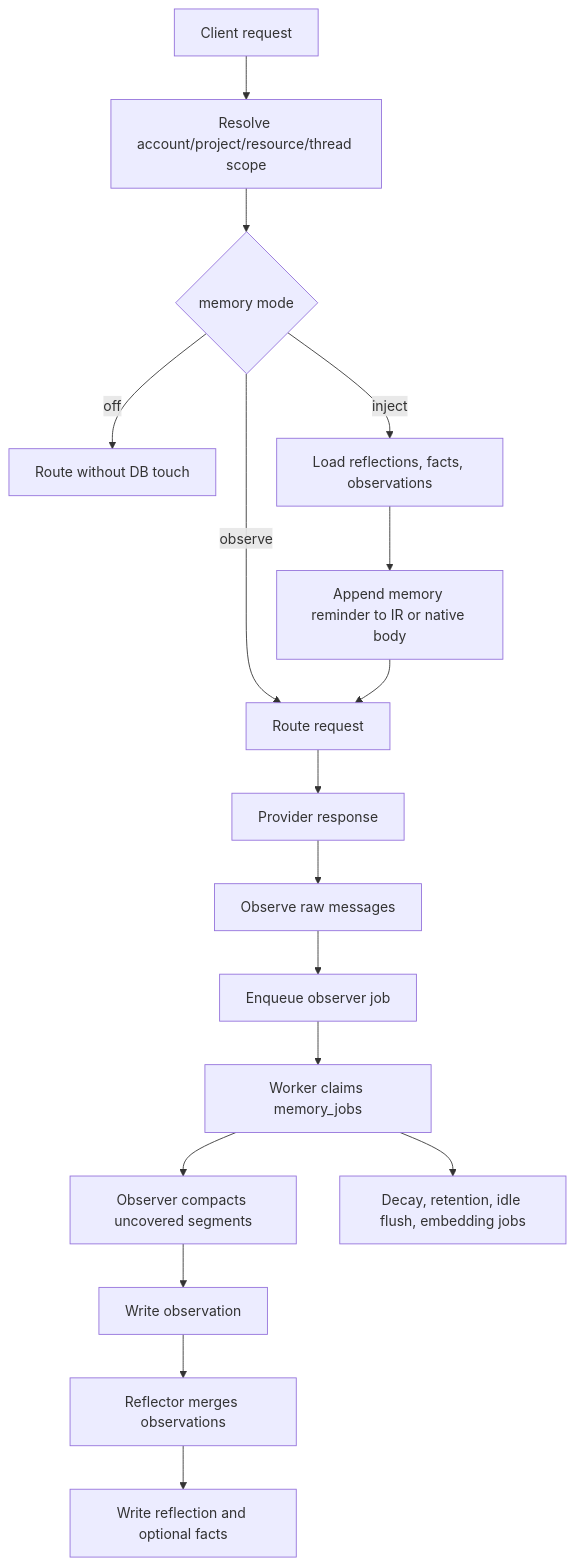
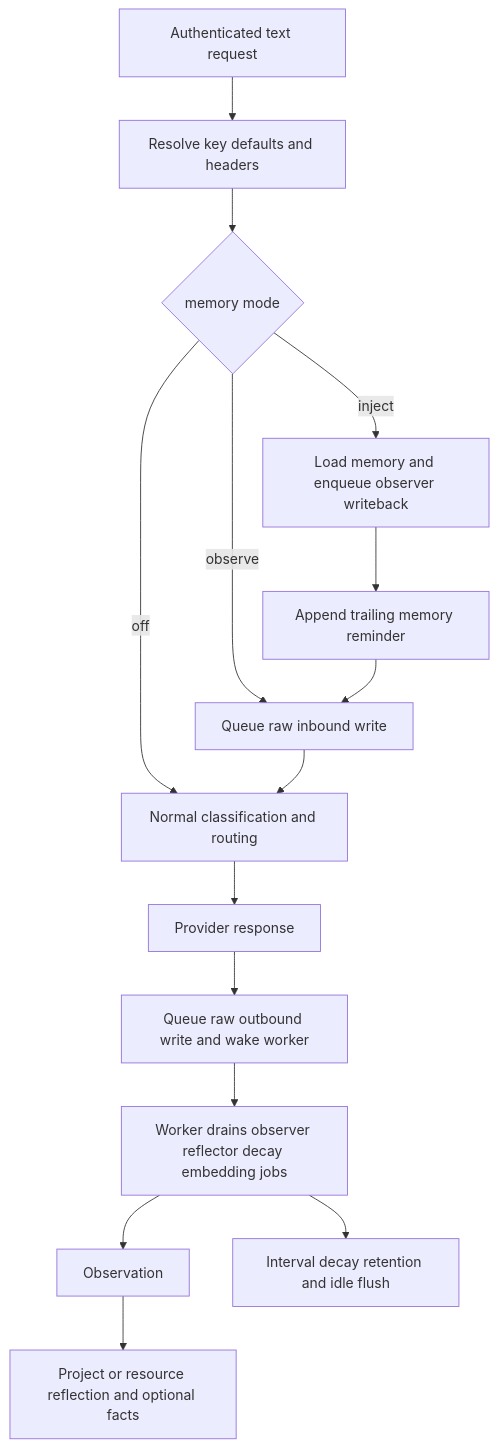
Before and after one commit to EasyMetaAu/helm-api: the diagram in docs/memory-review-2026-06-20.md, drawn with Mermaid. The commit also changed other lines of this file and 30 other files, not shown here.

````diff
--- a/docs/memory-review-2026-06-20.md
+++ b/docs/memory-review-2026-06-20.md
@@ -36,19 +25,17 @@
 ```mermaid
 flowchart TD
-  A[Client request] --> B[Resolve account/project/resource/thread scope]
+  A[Authenticated text request] --> B[Resolve key defaults and headers]
   B --> C{memory mode}
-  C -->|off| R[Route without DB touch]
-  C -->|observe| D[Route request]
-  C -->|inject| E[Load reflections, facts, observations]
-  E --> F[Append memory reminder to IR or native body]
-  F --> D
-  D --> G[Provider response]
-  G --> H[Observe raw messages]
-  H --> I[Enqueue observer job]
-  I --> J[Worker claims memory_jobs]
-  J --> K[Observer compacts uncovered segments]
-  K --> L[Write observation]
-  L --> M[Reflector merges observations]
-  M --> N[Write reflection and optional facts]
-  J --> O[Decay, retention, idle flush, embedding jobs]
+  C -->|off| R[Normal classification and routing]
+  C -->|observe| W[Queue raw inbound write]
+  C -->|inject| I[Load memory and enqueue observer writeback]
+  I --> M[Append trailing memory reminder]
+  M --> W
+  W --> R
+  R --> P[Provider response]
+  P --> O[Queue raw outbound write and wake worker]
+  O --> J[Worker drains observer reflector decay embedding jobs]
+  J --> OBS[Observation]
+  OBS --> REF[Project or resource reflection and optional facts]
+  J --> HK[Interval decay retention and idle flush]
 ```
````
